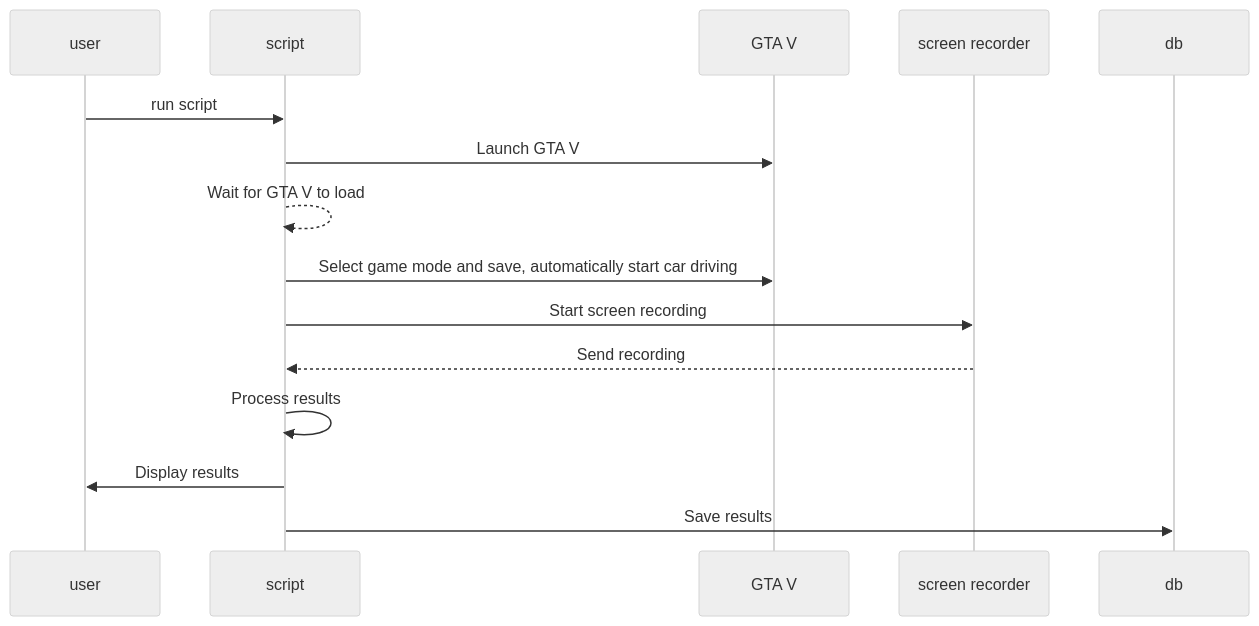
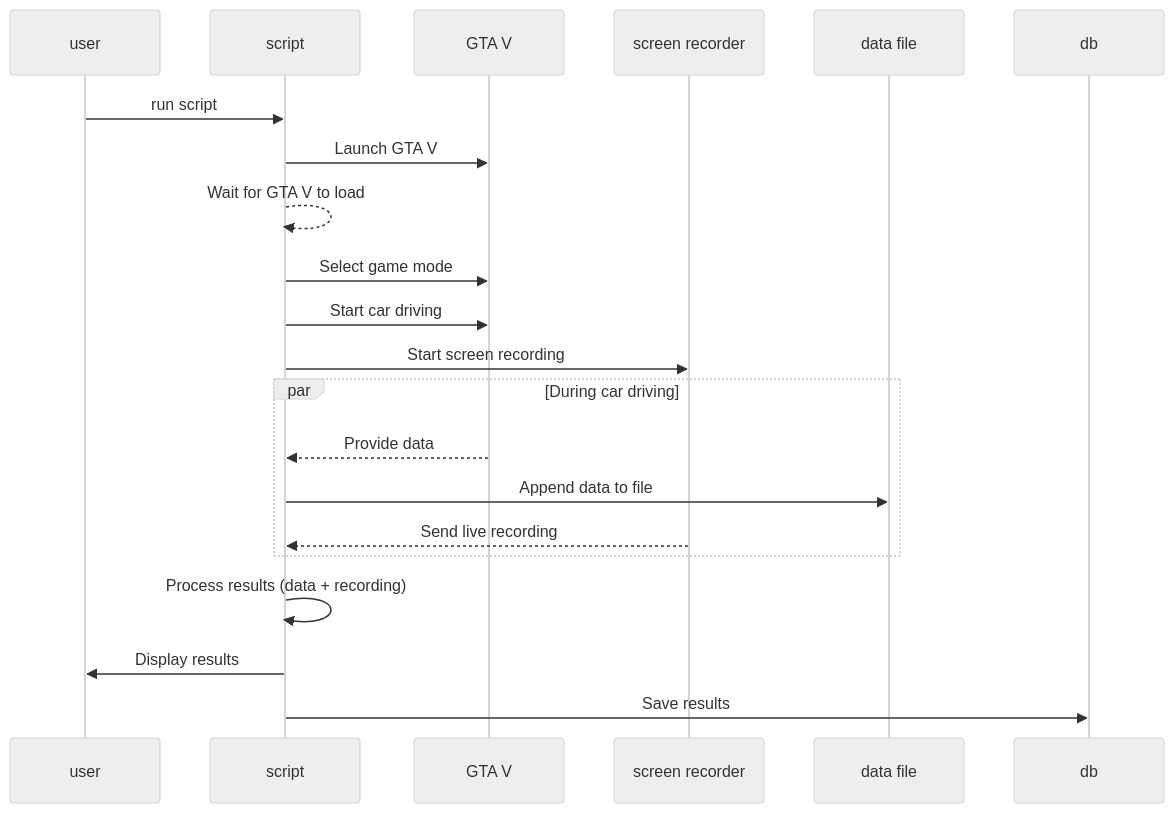
The diagram in README.md (Gochad/AutoGuard), drawn with Mermaid (neutral theme) before and after one commit.

Commit message:
update flow

````diff
--- a/README.md
+++ b/README.md
@@ -28,18 +28,24 @@
 ```mermaid
 sequenceDiagram
     participant user as user
     participant script as script
     participant GTA as GTA V
     participant recorder as screen recorder
+    participant file as data file
     participant db as db
 
     user->>script: run script
     script->>GTA: Launch GTA V
     script-->>script: Wait for GTA V to load
-    script->>GTA: Select game mode and save, automatically start car driving
+    script->>GTA: Select game mode
+    script->>GTA: Start car driving
     script->>recorder: Start screen recording
-    recorder-->>script: Send recording
-    script->>script: Process results
+    par During car driving
+        GTA-->>script: Provide data
+        script->>file: Append data to file
+        recorder-->>script: Send live recording
+    end
+    script->>script: Process results (data + recording)
     script->>user: Display results
     script->>db: Save results
 ```
````
